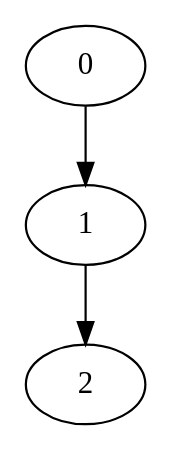
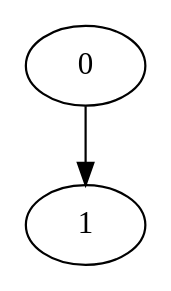
Before and after one commit to itiiss/tchecker_gui: the diagram in src/main/utils/output.dot, drawn with Graphviz. The commit also changed 9 other files, not shown here.

```diff
--- a/src/main/utils/output.dot
+++ b/src/main/utils/output.dot
@@ -1,7 +1,5 @@
-digraph simple_test_system {
-  0 [initial="true", intval="", labels="", vloc="<l0>", zone="(x==0)"]
-  1 [intval="", labels="", vloc="<l1>", zone="(x==0)"]
-  2 [intval="", labels="", vloc="<l2>", zone="(1<=x<=2)"]
-  0 -> 1 [vedge="<p1@a>"]
-  1 -> 2 [vedge="<p1@b>"]
+digraph MySystem {
+  0 [initial="true", intval="", labels="", vloc="<far>", zone="(x==0)"]
+  1 [intval="", labels="safe", vloc="<near>", zone="(x==0)"]
+  0 -> 1 [vedge="<train@approach>"]
 }
```
